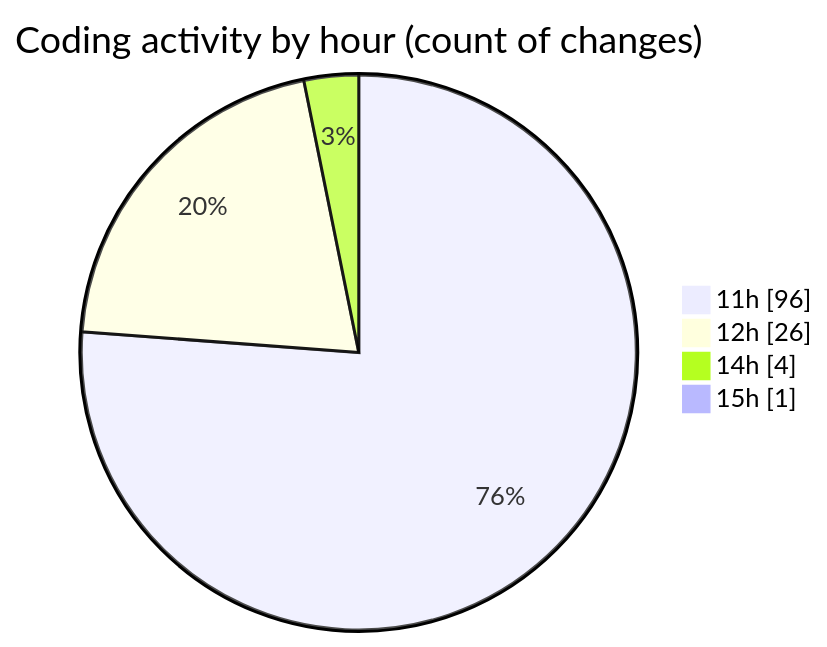
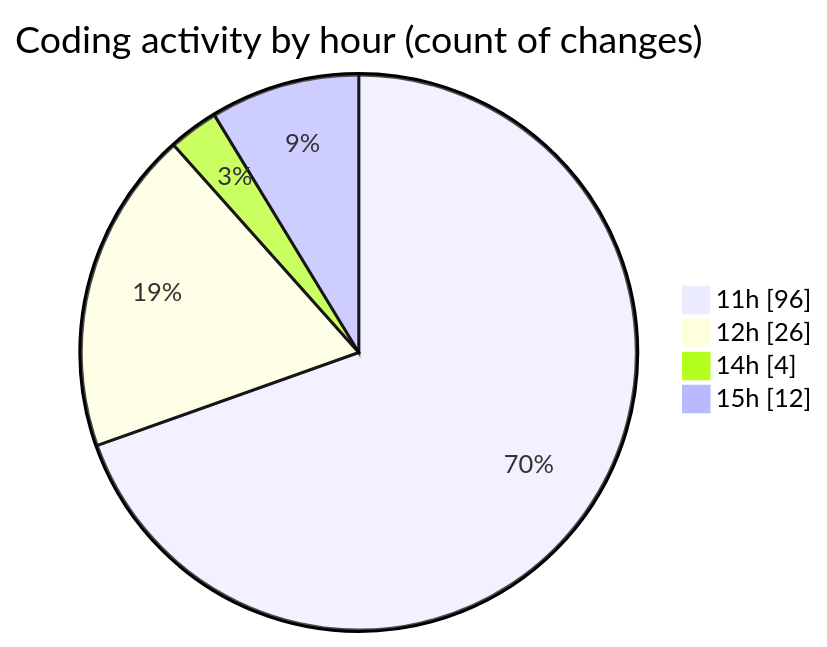
Before and after one commit to nxtqubesakshisongat/code-tracking: the second of 2 diagrams in 2026-03-16/nxtqube_webapp/README.md, drawn with Mermaid. The commit also changed other lines of this file and 1 other file, not shown here.

````diff
--- a/2026-03-16/nxtqube_webapp/README.md
+++ b/2026-03-16/nxtqube_webapp/README.md
@@ -71,8 +73,8 @@
 ```mermaid
 pie showData
 title Coding activity by hour (count of changes)
 "11h" : 96
 "12h" : 26
 "14h" : 4
-"15h" : 1
+"15h" : 12
 ```
````
